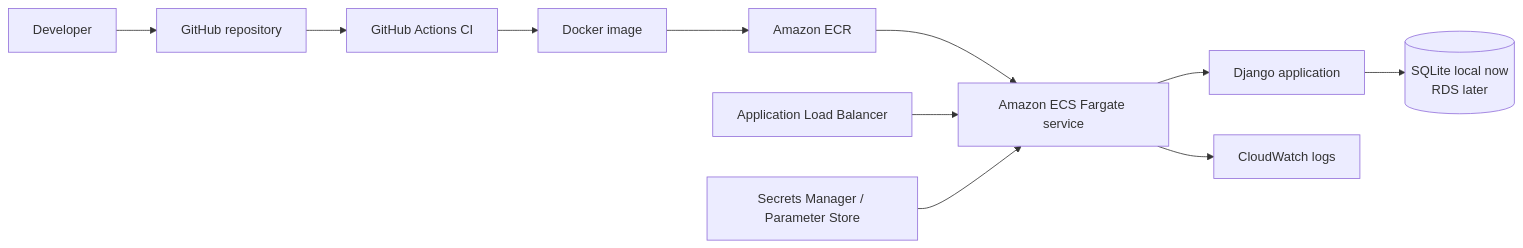
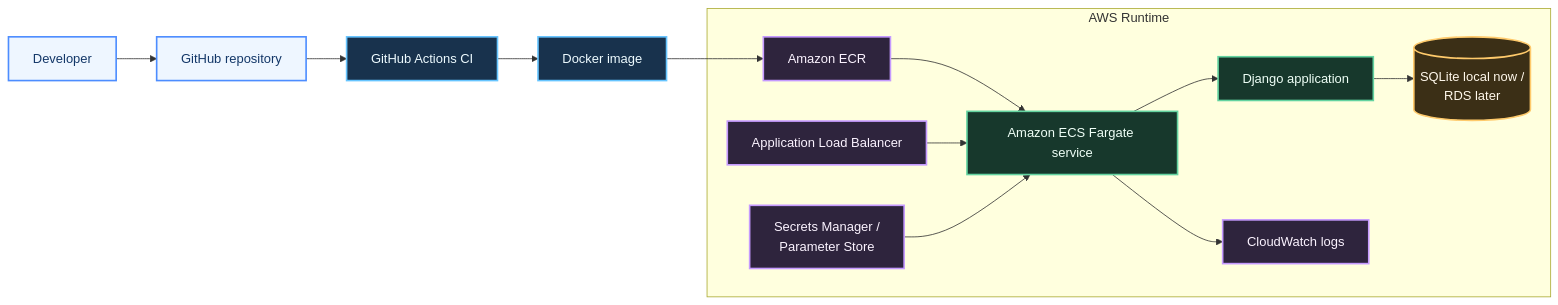
The diagram in README.md (swapnil-a-p/devops-with-django), drawn with Mermaid before and after one commit. The commit also changed 1 other file, not shown here.

Commit message:
Color-grade deployment architecture diagrams

````diff
--- a/README.md
+++ b/README.md
@@ -45,25 +45,40 @@
 ```mermaid
 flowchart LR
+    classDef source fill:#eef6ff,stroke:#4d8dff,color:#133768,stroke-width:2px;
+    classDef ci fill:#18324d,stroke:#67c5ff,color:#eefbff,stroke-width:2px;
+    classDef runtime fill:#17382c,stroke:#63d3a0,color:#effff7,stroke-width:2px;
+    classDef infra fill:#2e243d,stroke:#c59aff,color:#fbf3ff,stroke-width:2px;
+    classDef data fill:#3b2f16,stroke:#ffca6b,color:#fff8eb,stroke-width:2px;
+
     DEV[Developer]
     GH[GitHub repository]
     CI[GitHub Actions CI]
     IMG[Docker image]
-    ECR[Amazon ECR]
-    ECS[Amazon ECS Fargate service]
-    ALB[Application Load Balancer]
-    APP[Django application]
-    CW[CloudWatch logs]
-    CFG[Secrets Manager / Parameter Store]
-    DB[(SQLite local now\nRDS later)]
+
+    subgraph AWS[AWS Runtime]
+        ECR[Amazon ECR]
+        ALB[Application Load Balancer]
+        ECS[Amazon ECS Fargate service]
+        APP[Django application]
+        CW[CloudWatch logs]
+        CFG[Secrets Manager /<br/>Parameter Store]
+        DB[(SQLite local now /<br/>RDS later)]
+    end
 
     DEV --> GH
     GH --> CI
     CI --> IMG
     IMG --> ECR
     ECR --> ECS
     ALB --> ECS
     ECS --> APP
     APP --> DB
     ECS --> CW
     CFG --> ECS
+
+    class DEV,GH source;
+    class CI,IMG ci;
+    class ECS,APP runtime;
+    class ECR,ALB,CW,CFG infra;
+    class DB data;
 ```
````
